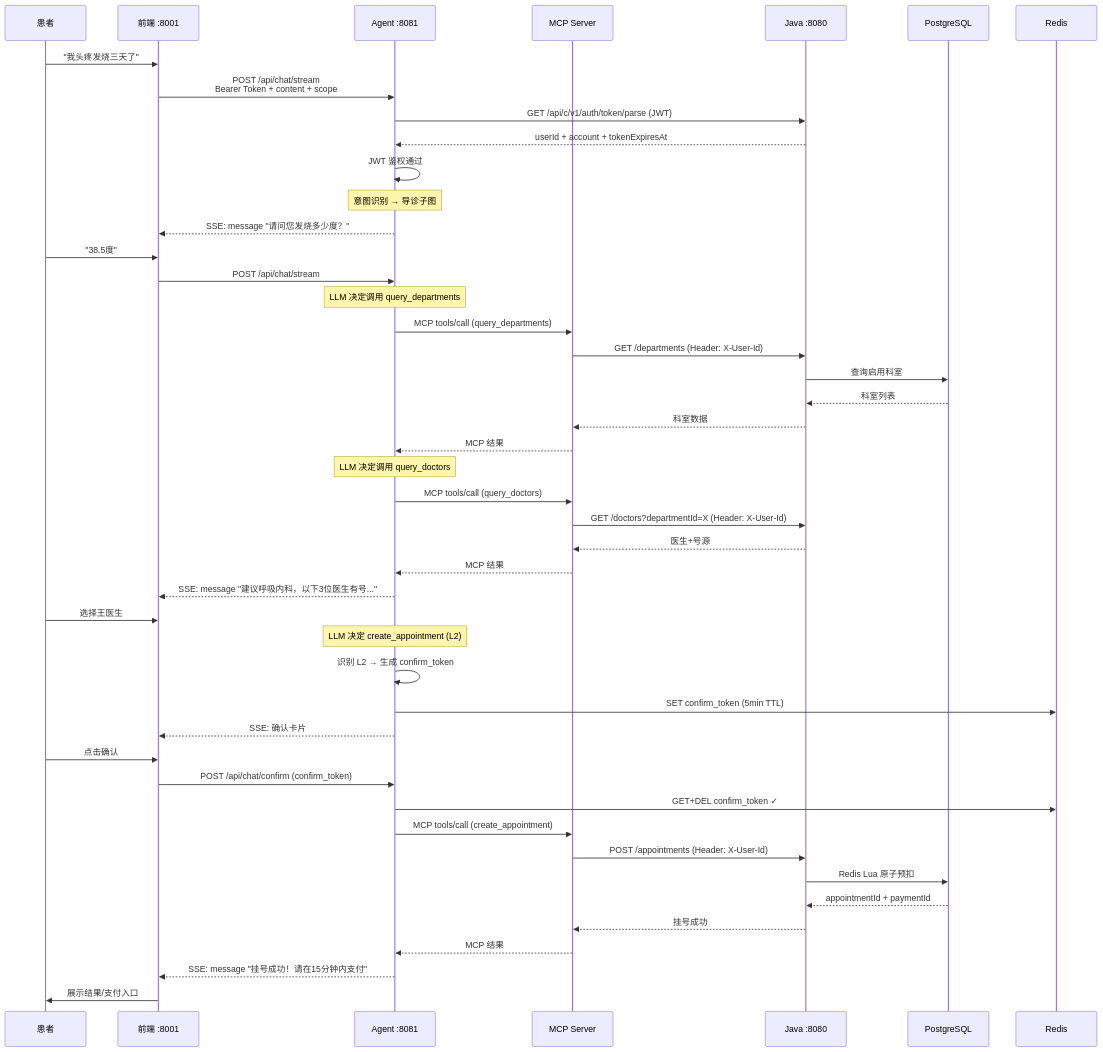
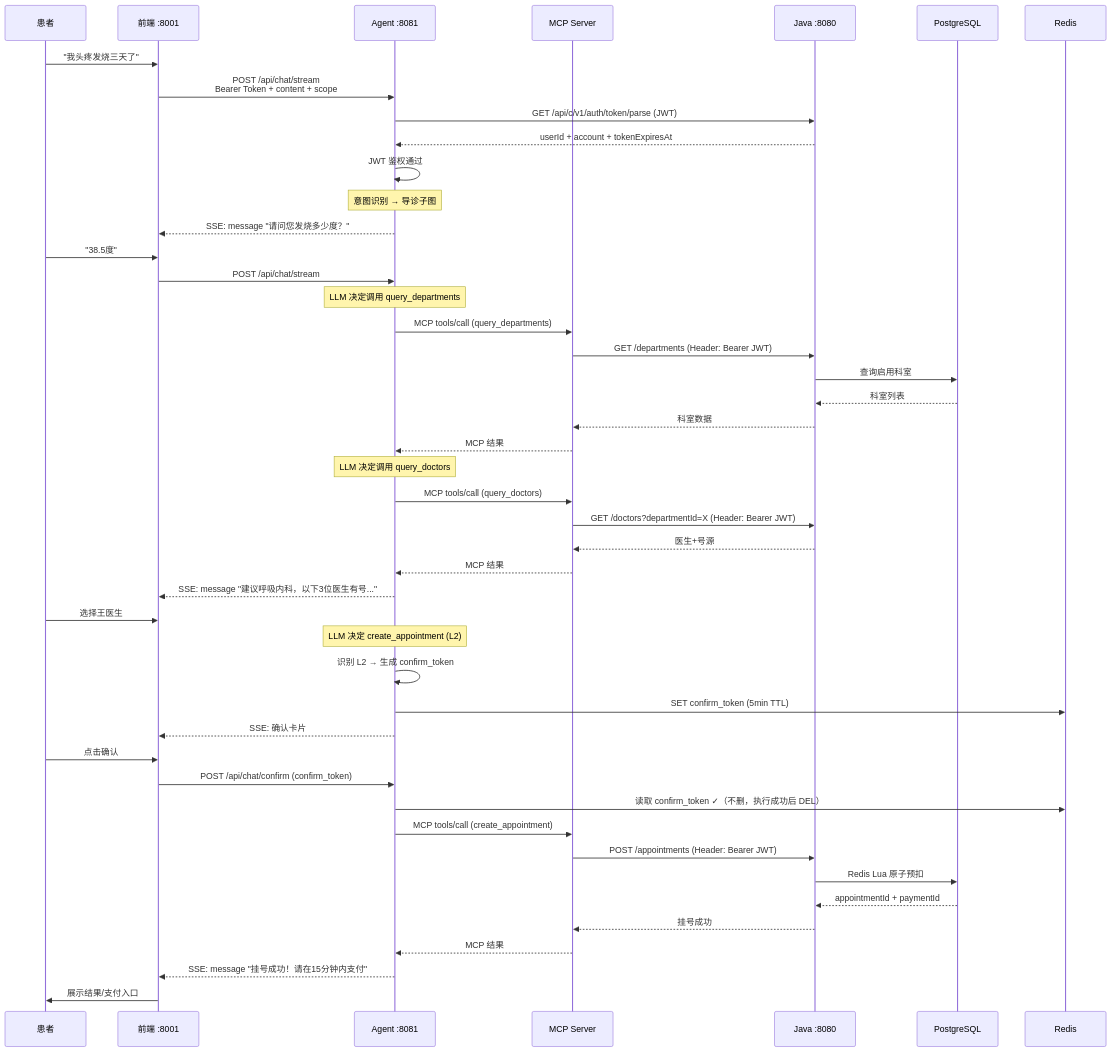
The seventh of 7 diagrams in sphp-agent/docs/Agent/Agent模块系分.md (lezoo817/SPHP), drawn with Mermaid before and after one commit. The commit also changed other lines of this file and 2 other files, not shown here.

````diff
--- a/sphp-agent/docs/Agent/Agent模块系分.md
+++ b/sphp-agent/docs/Agent/Agent模块系分.md
@@ -1291,58 +1327,58 @@
 ```mermaid
 sequenceDiagram
     participant U as 患者
     participant F as 前端 :8001
     participant A as Agent :8081
     participant M as MCP Server
     participant J as Java :8080
     participant P as PostgreSQL
     participant R as Redis
 
     U->>F: "我头疼发烧三天了"
     F->>A: POST /api/chat/stream<br/>Bearer Token + content + scope
     A->>J: GET /api/c/v1/auth/token/parse (JWT)
     J-->>A: userId + account + tokenExpiresAt
     A->>A: JWT 鉴权通过
 
     Note over A: 意图识别 → 导诊子图
 
     A-->>F: SSE: message "请问您发烧多少度？"
     U->>F: "38.5度"
     F->>A: POST /api/chat/stream
 
     Note over A: LLM 决定调用 query_departments
     A->>M: MCP tools/call (query_departments)
-    M->>J: GET /departments (Header: X-User-Id)
+    M->>J: GET /departments (Header: Bearer JWT)
     J->>P: 查询启用科室
     P-->>J: 科室列表
     J-->>M: 科室数据
     M-->>A: MCP 结果
 
     Note over A: LLM 决定调用 query_doctors
     A->>M: MCP tools/call (query_doctors)
-    M->>J: GET /doctors?departmentId=X (Header: X-User-Id)
+    M->>J: GET /doctors?departmentId=X (Header: Bearer JWT)
     J-->>M: 医生+号源
     M-->>A: MCP 结果
 
     A-->>F: SSE: message "建议呼吸内科，以下3位医生有号..."
     U->>F: 选择王医生
 
     Note over A: LLM 决定 create_appointment (L2)
     A->>A: 识别 L2 → 生成 confirm_token
     A->>R: SET confirm_token (5min TTL)
     A-->>F: SSE: 确认卡片
 
     U->>F: 点击确认
     F->>A: POST /api/chat/confirm (confirm_token)
-    A->>R: GET+DEL confirm_token ✓
+    A->>R: 读取 confirm_token ✓（不删，执行成功后 DEL）
 
     A->>M: MCP tools/call (create_appointment)
-    M->>J: POST /appointments (Header: X-User-Id)
+    M->>J: POST /appointments (Header: Bearer JWT)
     J->>P: Redis Lua 原子预扣
     P-->>J: appointmentId + paymentId
     J-->>M: 挂号成功
     M-->>A: MCP 结果
 
     A-->>F: SSE: message "挂号成功！请在15分钟内支付"
     F->>U: 展示结果/支付入口
 ```
````
